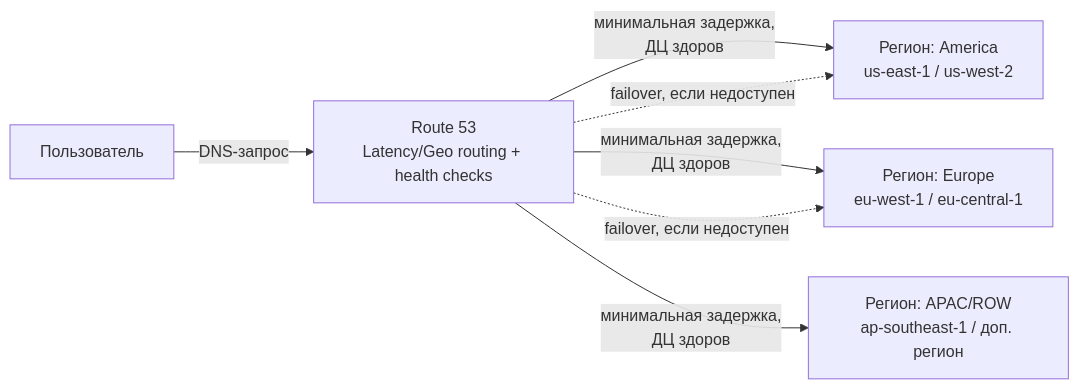
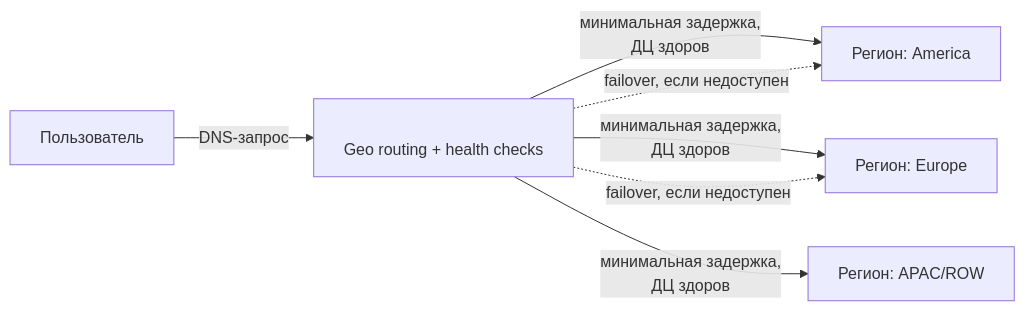
One commit to TOOSTEER/Highload_TechnoPark changed the first of 2 diagrams in README.md. Above: the diagram before and after it, drawn with Mermaid.

````diff
--- a/README.md
+++ b/README.md
@@ -191,9 +191,9 @@
 ```mermaid
 flowchart LR
-    U[Пользователь] -->|DNS-запрос| R53[Route 53<br/>Latency/Geo routing + health checks]
-    R53 -->|минимальная задержка,<br/>ДЦ здоров| NA[Регион: America<br/>us-east-1 / us-west-2]
-    R53 -->|минимальная задержка,<br/>ДЦ здоров| EU[Регион: Europe<br/>eu-west-1 / eu-central-1]
-    R53 -->|минимальная задержка,<br/>ДЦ здоров| AP[Регион: APAC/ROW<br/>ap-southeast-1 / доп. регион]
+    U[Пользователь] -->|DNS-запрос| R53[<br/>Geo routing + health checks]
+    R53 -->|минимальная задержка,<br/>ДЦ здоров| NA[Регион: America]
+    R53 -->|минимальная задержка,<br/>ДЦ здоров| EU[Регион: Europe]
+    R53 -->|минимальная задержка,<br/>ДЦ здоров| AP[Регион: APAC/ROW]
     R53 -.failover, если недоступен.-> NA
     R53 -.failover, если недоступен.-> EU
 ```
````
